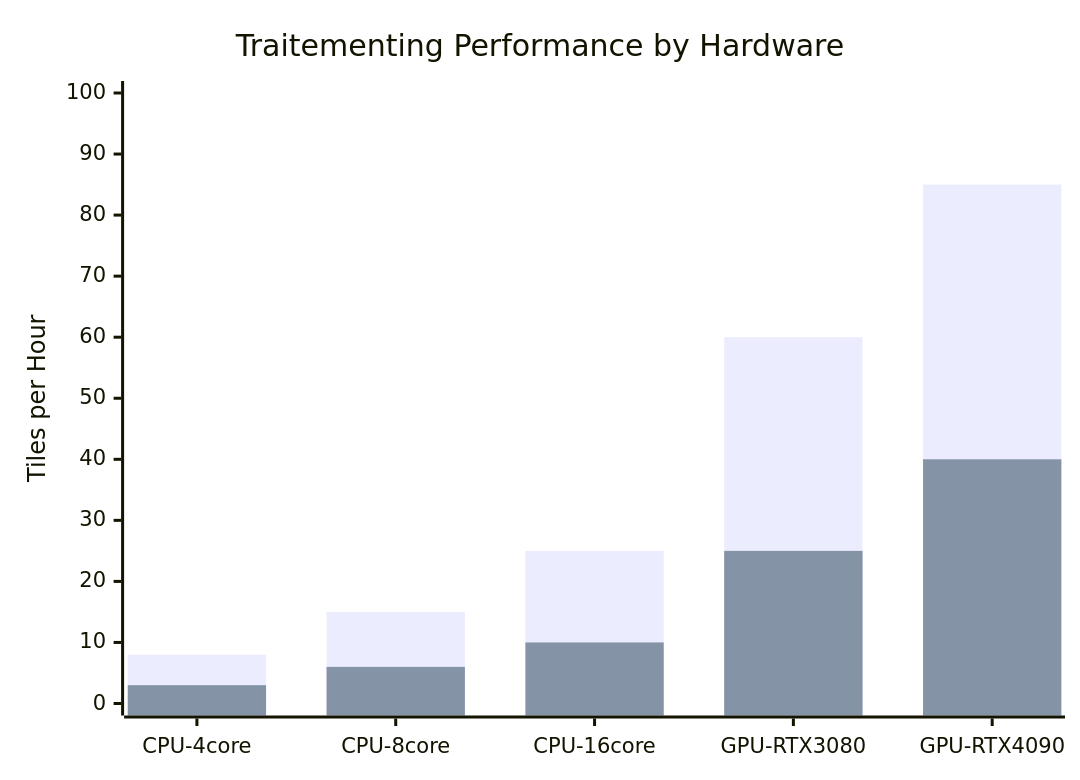
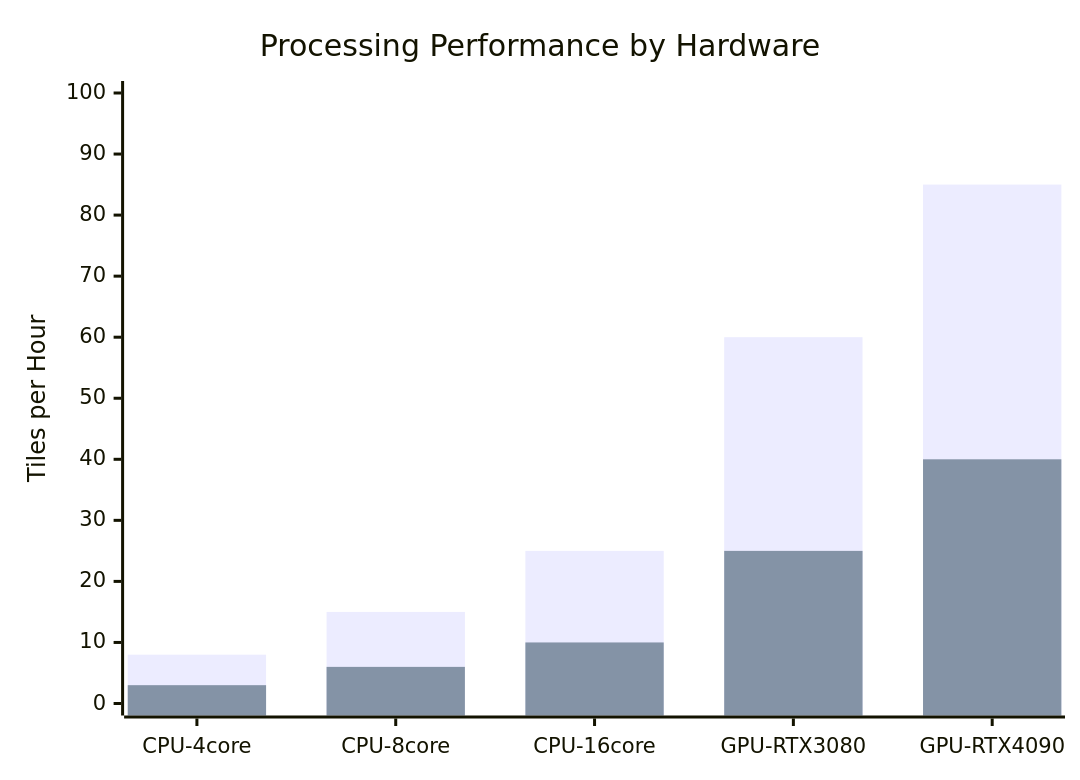
One commit to sducournau/IGN_LIDAR_HD_DATASET changed the third of 12 diagrams in website/i18n/fr/docusaurus-plugin-content-docs/current/mermaid-reference.md. Above: the diagram before and after it, drawn with Mermaid. The commit also changed other lines of this file and 145 other files, not shown here.

````diff
--- a/website/i18n/fr/docusaurus-plugin-content-docs/current/mermaid-reference.md
+++ b/website/i18n/fr/docusaurus-plugin-content-docs/current/mermaid-reference.md
@@ -63,8 +72,8 @@
 ```mermaid
 xychart-beta
-    title "Traitementing Performance by Hardware"
+    title "Processing Performance by Hardware"
     x-axis [CPU-4core, CPU-8core, CPU-16core, GPU-RTX3080, GPU-RTX4090]
     y-axis "Tiles per Hour" 0 --> 100
     bar "Small Tiles" [8, 15, 25, 60, 85]
     bar "Large Tiles" [3, 6, 10, 25, 40]
 ```
````
